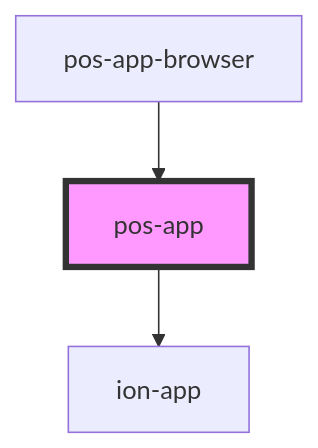
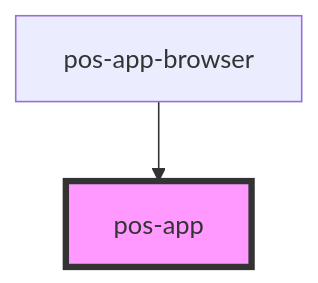
One commit to pod-os/PodOS changed the diagram in docs/elements/components/pos-app/readme.md. Above: the diagram before and after it, drawn with Mermaid. The commit also changed other lines of this file and 9 other files, not shown here.

Commit message:
feat: decouple pos-app and ion-app to allow usage without ionic

````diff
--- a/docs/elements/components/pos-app/readme.md
+++ b/docs/elements/components/pos-app/readme.md
@@ -19,6 +15,5 @@
 ```mermaid
 graph TD;
-  pos-app --> ion-app
   pos-app-browser --> pos-app
   style pos-app fill:#f9f,stroke:#333,stroke-width:4px
 ```
````
